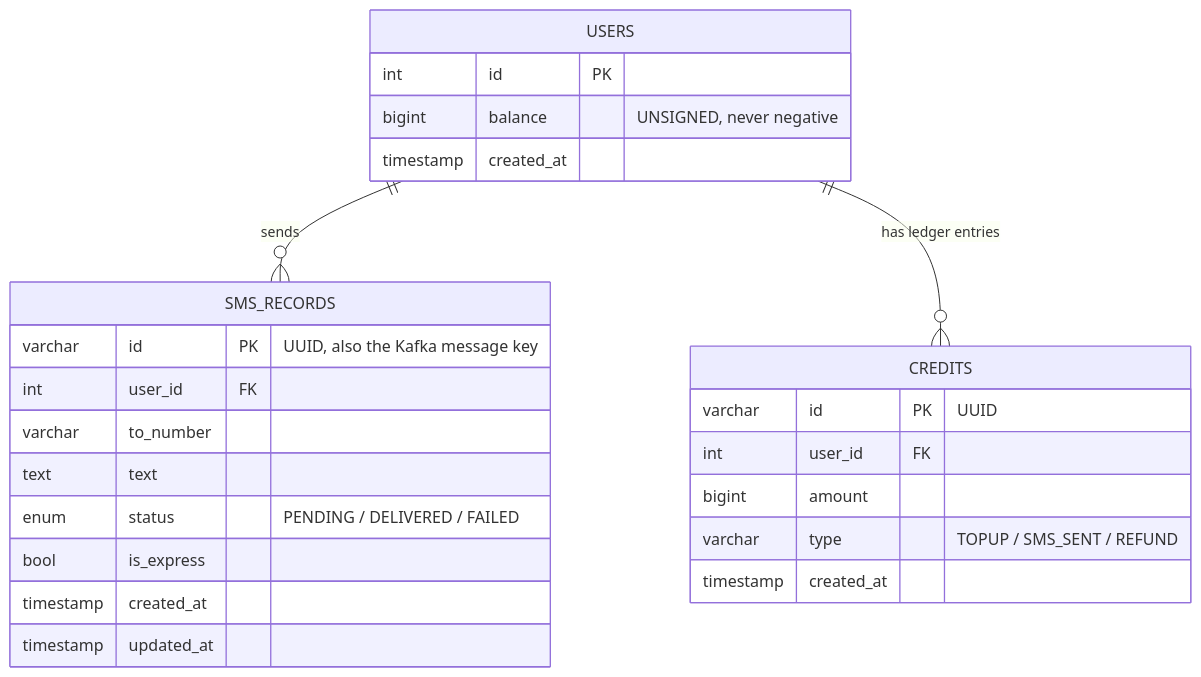
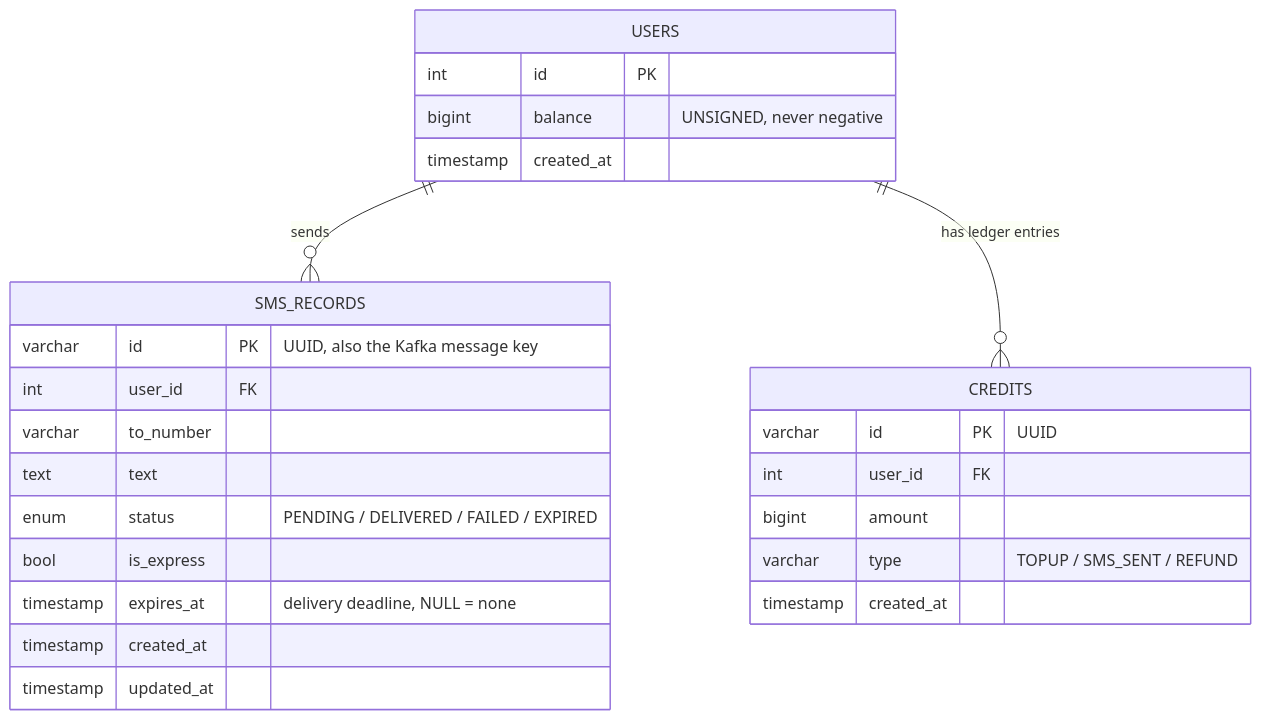
The fifth of 5 diagrams in ARCHITECTURE.md (kamyargerami/sms-gateway), drawn with Mermaid before and after one commit. The commit also changed other lines of this file and 12 other files, not shown here.

````diff
--- a/ARCHITECTURE.md
+++ b/ARCHITECTURE.md
@@ -307,28 +307,29 @@
 ```mermaid
 erDiagram
     USERS ||--o{ SMS_RECORDS : sends
     USERS ||--o{ CREDITS : "has ledger entries"
 
     USERS {
         int id PK
         bigint balance "UNSIGNED, never negative"
         timestamp created_at
     }
     SMS_RECORDS {
         varchar id PK "UUID, also the Kafka message key"
         int user_id FK
         varchar to_number
         text text
-        enum status "PENDING / DELIVERED / FAILED"
+        enum status "PENDING / DELIVERED / FAILED / EXPIRED"
         bool is_express
+        timestamp expires_at "delivery deadline, NULL = none"
         timestamp created_at
         timestamp updated_at
     }
     CREDITS {
         varchar id PK "UUID"
         int user_id FK
         bigint amount
         varchar type "TOPUP / SMS_SENT / REFUND"
         timestamp created_at
     }
 ```
````
